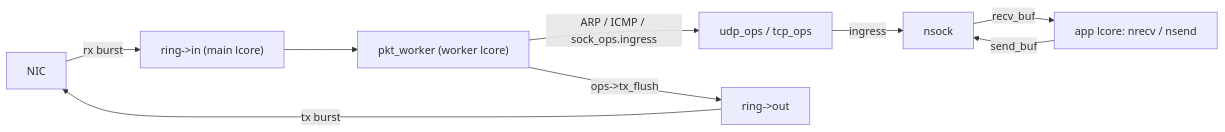
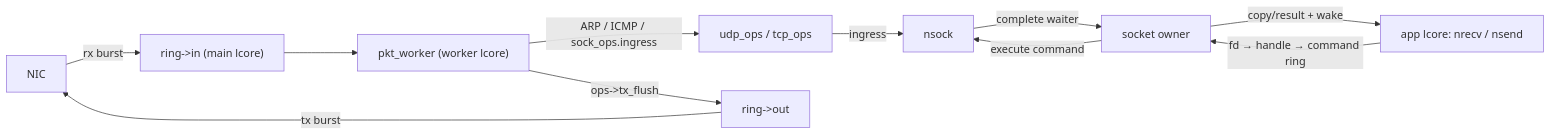
One commit to john2-ui/SnowTG changed the diagram in README.md. Above: the diagram before and after it, drawn with Mermaid. The commit also changed other lines of this file and 1 other file, not shown here.

First line of the commit message:
docs(architecture): 记录 socket owner 迁移与后续路线

````diff
--- a/README.md
+++ b/README.md
@@ -44,11 +45,13 @@
 ```mermaid
 flowchart LR
     NIC -->|rx burst| InRing["ring->in (main lcore)"]
     InRing --> Worker["pkt_worker (worker lcore)"]
     Worker -->|"ARP / ICMP / sock_ops.ingress"| Ops["udp_ops / tcp_ops"]
     Ops -->|ingress| NSock["nsock"]
-    NSock -->|recv_buf| App["app lcore: nrecv / nsend"]
-    App -->|send_buf| NSock
+    App["app lcore: nrecv / nsend"] -->|"fd → handle → command ring"| Owner["socket owner"]
+    Owner -->|"execute command"| NSock["nsock"]
+    NSock -->|"complete waiter"| Owner
+    Owner -->|"copy/result + wake"| App
     Worker -->|"ops->tx_flush"| OutRing["ring->out"]
     OutRing -->|tx burst| NIC
 ```
````
